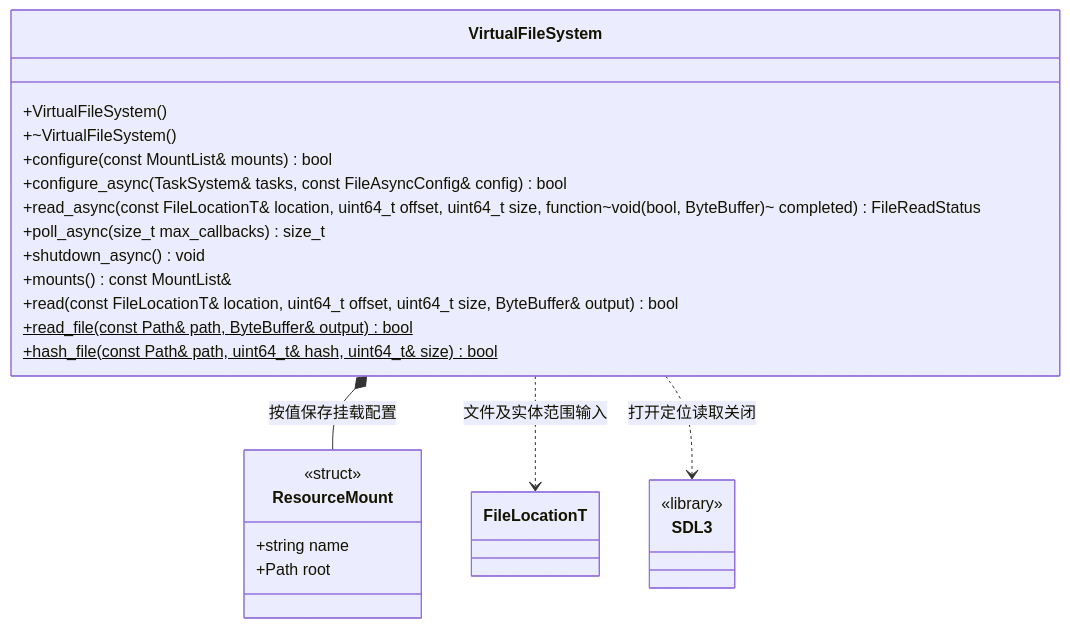
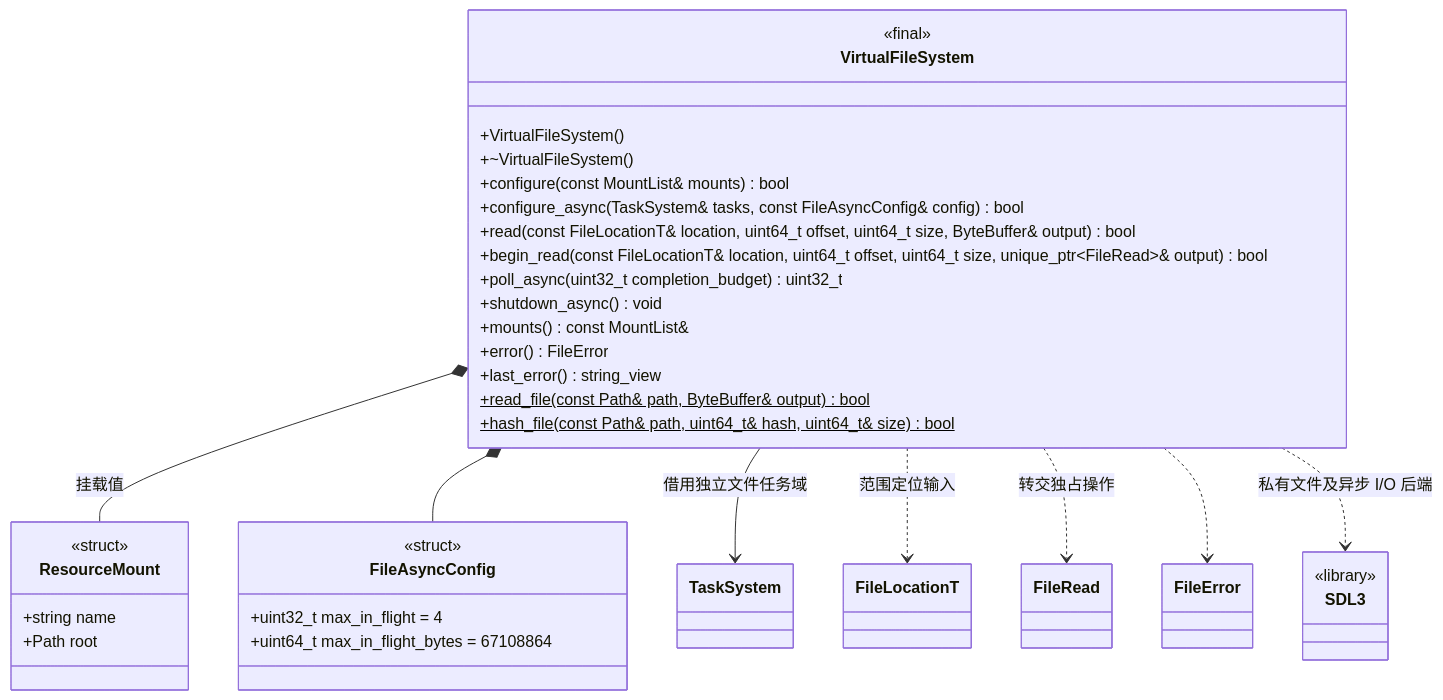
Before and after one commit to lcals/Engine: the first of 2 diagrams in docs/runtime/class-diagrams/virtual-file-system.md, drawn with Mermaid. The commit also changed other lines of this file and 391 other files, not shown here.

````diff
--- a/docs/runtime/class-diagrams/virtual-file-system.md
+++ b/docs/runtime/class-diagrams/virtual-file-system.md
@@ -7,28 +9,43 @@
 ```mermaid
 classDiagram
     class VirtualFileSystem {
+        <<final>>
         +VirtualFileSystem()
         +~VirtualFileSystem()
         +configure(const MountList& mounts) bool
         +configure_async(TaskSystem& tasks, const FileAsyncConfig& config) bool
-        +read_async(const FileLocationT& location, uint64_t offset, uint64_t size, function~void(bool, ByteBuffer)~ completed) FileReadStatus
-        +poll_async(size_t max_callbacks) size_t
+        +read(const FileLocationT& location, uint64_t offset, uint64_t size, ByteBuffer& output) bool
+        +begin_read(const FileLocationT& location, uint64_t offset, uint64_t size, unique_ptr~FileRead~& output) bool
+        +poll_async(uint32_t completion_budget) uint32_t
         +shutdown_async() void
         +mounts() const MountList&
-        +read(const FileLocationT& location, uint64_t offset, uint64_t size, ByteBuffer& output) bool
+        +error() FileError
+        +last_error() string_view
         +read_file(const Path& path, ByteBuffer& output) bool$
         +hash_file(const Path& path, uint64_t& hash, uint64_t& size) bool$
     }
     class ResourceMount {
         <<struct>>
         +string name
         +Path root
     }
+    class FileAsyncConfig {
+        <<struct>>
+        +uint32_t max_in_flight = 4
+        +uint64_t max_in_flight_bytes = 67108864
+    }
+    class TaskSystem
     class FileLocationT
+    class FileRead
+    class FileError
     class SDL3 {
         <<library>>
     }
-    VirtualFileSystem *-- ResourceMount : 按值保存挂载配置
-    VirtualFileSystem ..> FileLocationT : 文件及实体范围输入
-    VirtualFileSystem ..> SDL3 : 打开定位读取关闭
+    VirtualFileSystem *-- ResourceMount : 挂载值
+    VirtualFileSystem *-- FileAsyncConfig
+    VirtualFileSystem --> TaskSystem : 借用独立文件任务域
+    VirtualFileSystem ..> FileLocationT : 范围定位输入
+    VirtualFileSystem ..> FileRead : 转交独占操作
+    VirtualFileSystem ..> FileError
+    VirtualFileSystem ..> SDL3 : 私有文件及异步 I/O 后端
 ```
````
